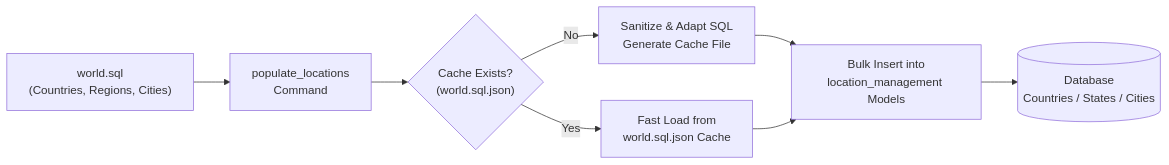
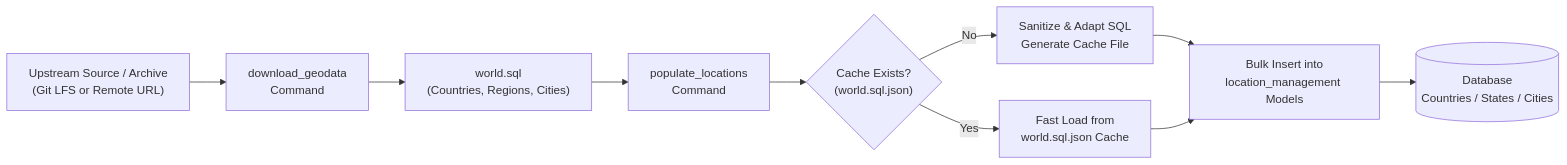
Before and after one commit to davtoh/enterprise-website: the third of 4 diagrams in documentation/README.md, drawn with Mermaid. The commit also changed other lines of this file and 17 other files, not shown here.

````diff
--- a/documentation/README.md
+++ b/documentation/README.md
@@ -222,10 +222,12 @@
 ```mermaid
 flowchart LR
-    A["world.sql<br/>(Countries, Regions, Cities)"] --> B["populate_locations<br/>Command"]
-    B --> C{"Cache Exists?<br/>(world.sql.json)"}
-    C -- No --> D["Sanitize & Adapt SQL<br/>Generate Cache File"]
-    D --> E["Bulk Insert into<br/>location_management Models"]
-    C -- Yes --> F["Fast Load from<br/>world.sql.json Cache"]
-    F --> E
-    E --> G[("Database<br/>Countries / States / Cities")]
+    A["Upstream Source / Archive<br/>(Git LFS or Remote URL)"] --> B["download_geodata<br/>Command"]
+    B --> C["world.sql<br/>(Countries, Regions, Cities)"]
+    C --> D["populate_locations<br/>Command"]
+    D --> E{"Cache Exists?<br/>(world.sql.json)"}
+    E -- No --> F["Sanitize & Adapt SQL<br/>Generate Cache File"]
+    F --> G["Bulk Insert into<br/>location_management Models"]
+    E -- Yes --> H["Fast Load from<br/>world.sql.json Cache"]
+    H --> G
+    G --> I[("Database<br/>Countries / States / Cities")]
 ```
````
